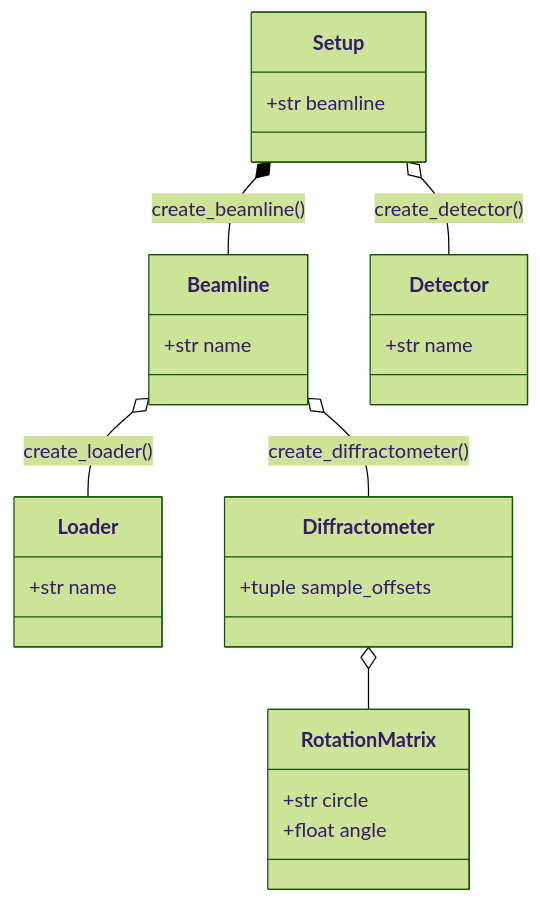
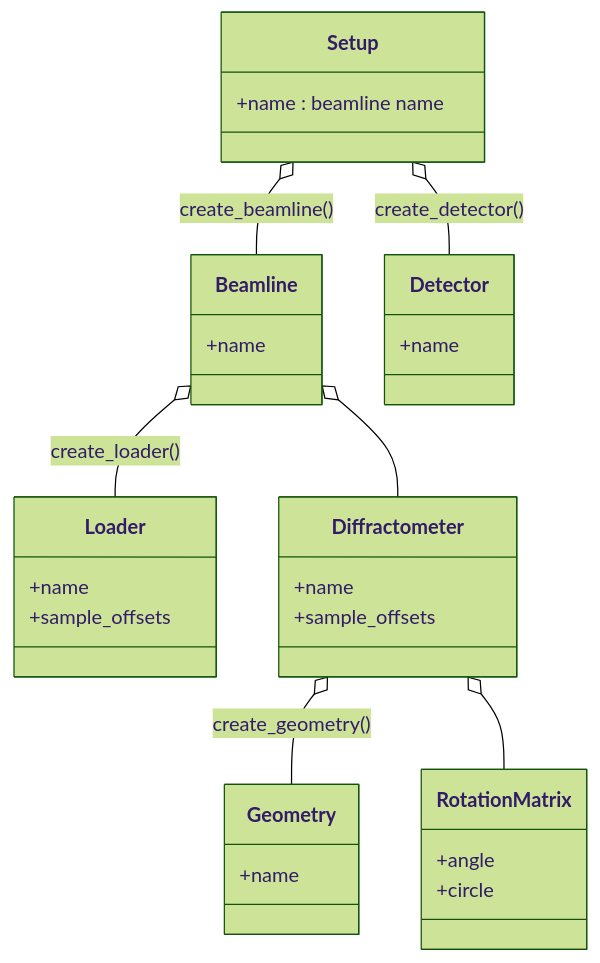
One commit to carnisj/bcdi changed the first of 4 diagrams in doc/modules/experiment/index.rst. Above: the diagram before and after it, drawn with Mermaid (forest theme). The commit also changed other lines of this file, not shown here.

```diff
--- a/doc/modules/experiment/index.rst
+++ b/doc/modules/experiment/index.rst
@@ -18,28 +22,34 @@
 .. mermaid::
   :align: center
 
   classDiagram
     class Setup{
-      +str beamline
+      +name : beamline name
   }
     class Beamline{
-      +str name
+      +name
   }
     class Loader{
-      +str name
+      +name
+      +sample_offsets
   }
     class Diffractometer{
-      +tuple sample_offsets
+      +name
+      +sample_offsets
+  }
+    class Geometry{
+      +name
   }
     class Detector{
-      +str name
+      +name
   }
     class RotationMatrix{
-      +str circle
-      +float angle
+      +angle
+      +circle
   }
-    Setup *-- Beamline : create_beamline()
+    Setup o-- Beamline : create_beamline()
     Setup o-- Detector : create_detector()
-    Beamline o-- Diffractometer : create_diffractometer()
+    Beamline o-- Diffractometer
+    Diffractometer o-- Geometry : create_geometry()
     Beamline o-- Loader : create_loader()
     Diffractometer o-- RotationMatrix
```
